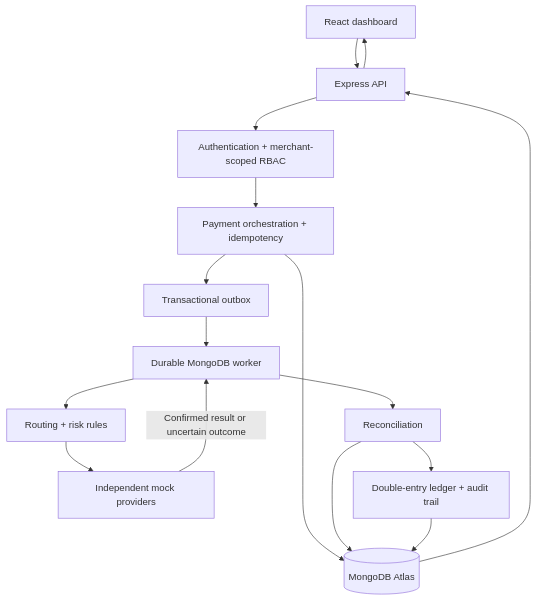
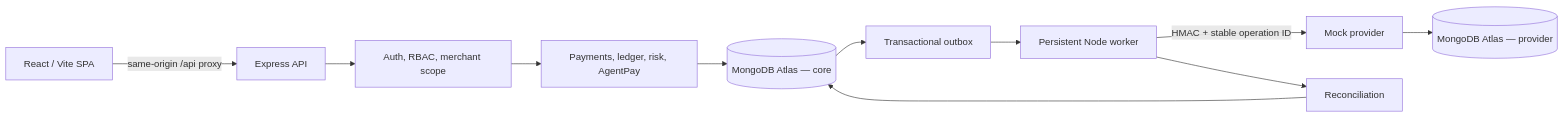
The first of 2 diagrams in README.md (alive7z/Pratyaya), drawn with Mermaid before and after one commit. The commit also changed other lines of this file and 38 other files, not shown here.

````diff
--- a/README.md
+++ b/README.md
@@ -137,18 +23,13 @@
 ```mermaid
-flowchart TD
-    UI["React dashboard"] --> API["Express API"]
-    API --> AUTH["Authentication + merchant-scoped RBAC"]
-    AUTH --> CORE["Payment orchestration + idempotency"]
-    CORE --> DB[("MongoDB Atlas")]
-    CORE --> OUT["Transactional outbox"]
-    OUT --> WORKER["Durable MongoDB worker"]
-    WORKER --> ROUTE["Routing + risk rules"]
-    ROUTE --> PROVIDER["Independent mock providers"]
-    PROVIDER -->|"Confirmed result or uncertain outcome"| WORKER
-    WORKER --> RECON["Reconciliation"]
-    RECON --> DB
-    RECON --> LEDGER["Double-entry ledger + audit trail"]
-    LEDGER --> DB
-    DB --> API
-    API --> UI
+flowchart LR
+    Browser["React / Vite SPA"] -->|same-origin /api proxy| API["Express API"]
+    API --> Auth["Auth, RBAC, merchant scope"]
+    Auth --> Core["Payments, ledger, risk, AgentPay"]
+    Core --> Mongo[("MongoDB Atlas — core")]
+    Mongo --> Outbox["Transactional outbox"]
+    Outbox --> Worker["Persistent Node worker"]
+    Worker -->|HMAC + stable operation ID| Provider["Mock provider"]
+    Provider --> ProviderDb[("MongoDB Atlas — provider")]
+    Worker --> Reconcile["Reconciliation"]
+    Reconcile --> Mongo
 ```
````
